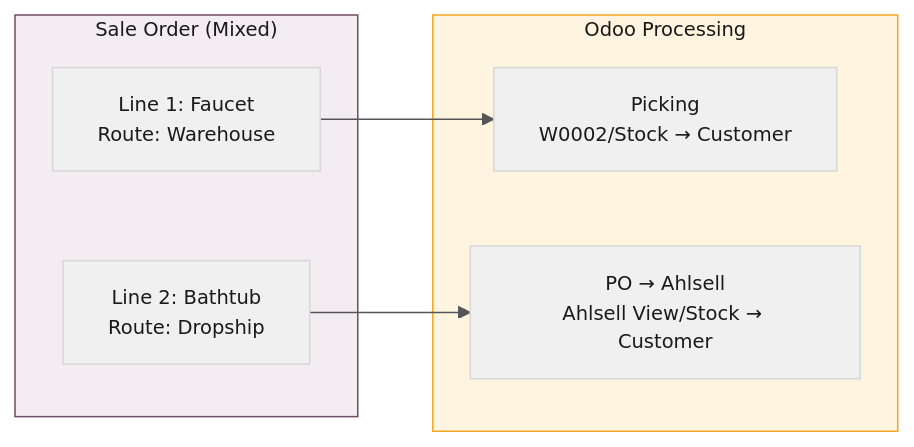
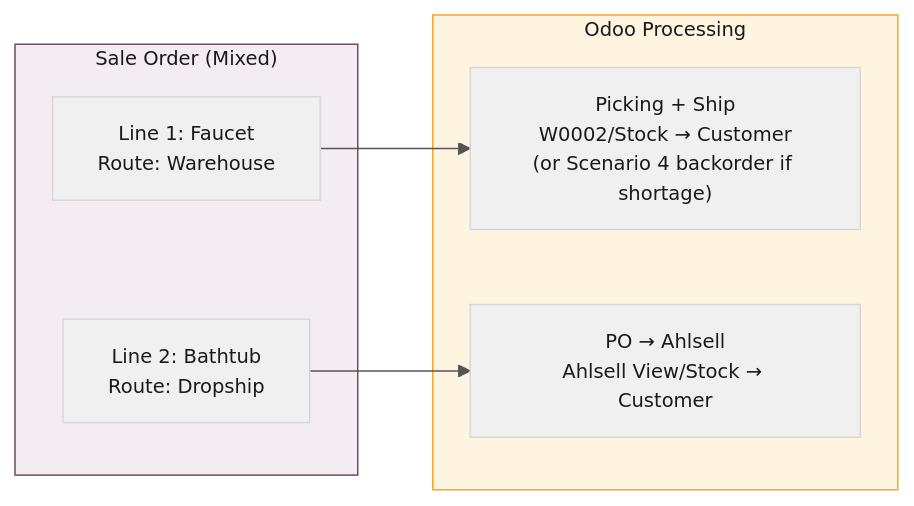
The ninth of 16 diagrams in shopify-sync-odoo-scenarios.md (ozan-droid/documents), drawn with Mermaid before and after one commit. The commit also changed other lines of this file, not shown here.

````diff
--- a/shopify-sync-odoo-scenarios.md
+++ b/shopify-sync-odoo-scenarios.md
@@ -389,19 +396,19 @@
 ```mermaid
 %%{init: {'theme': 'base', 'themeVariables': {'primaryColor': '#f0f0f0', 'primaryTextColor': '#1a1a1a', 'lineColor': '#555', 'textColor': '#1a1a1a', 'fontSize': '13px'}}}%%
 flowchart LR
     subgraph Order ["Sale Order (Mixed)"]
         L1["Line 1: Faucet\nRoute: Warehouse"]
         L2["Line 2: Bathtub\nRoute: Dropship"]
     end
 
     subgraph Processing ["Odoo Processing"]
-        P1["Picking\nW0002/Stock → Customer"]
+        P1["Picking + Ship\nW0002/Stock → Customer\n(or Scenario 4 backorder if shortage)"]
         P2["PO → Ahlsell\nAhlsell View/Stock → Customer"]
     end
 
     L1 --> P1
     L2 --> P2
 
     style Order fill:#f3edf2,stroke:#714b67,color:#1a1a1a
     style Processing fill:#fff4e0,stroke:#f5a623,color:#1a1a1a
 ```
````
